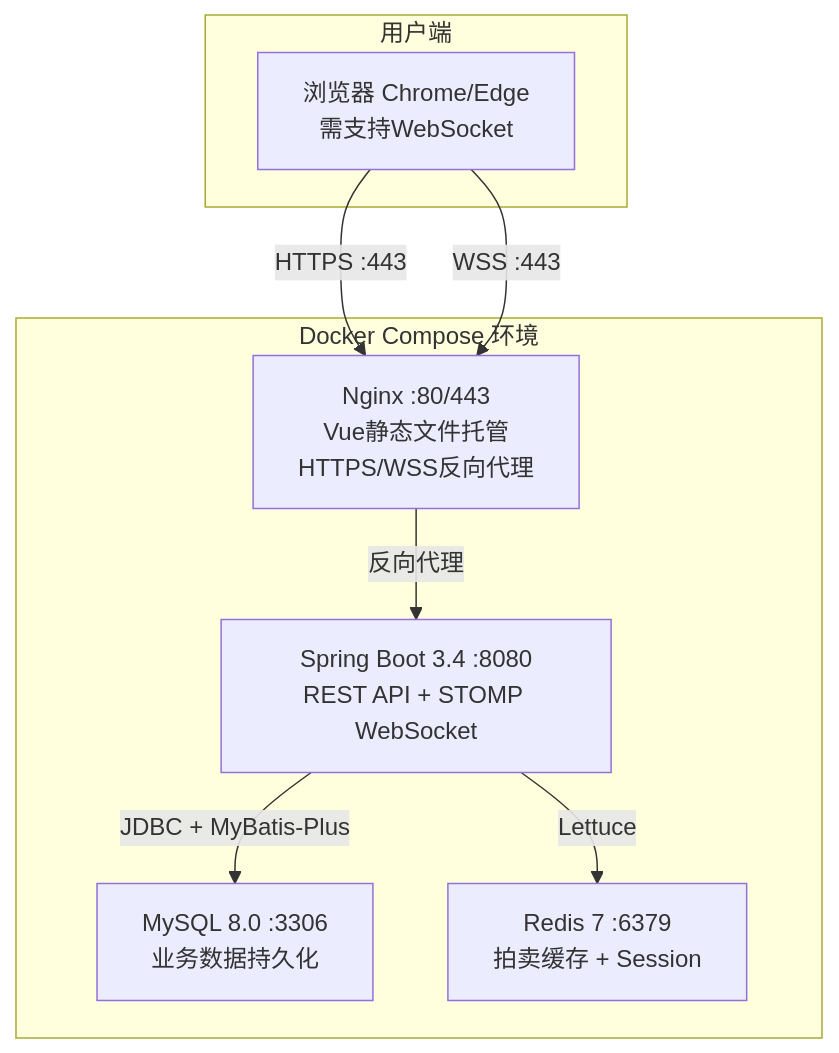
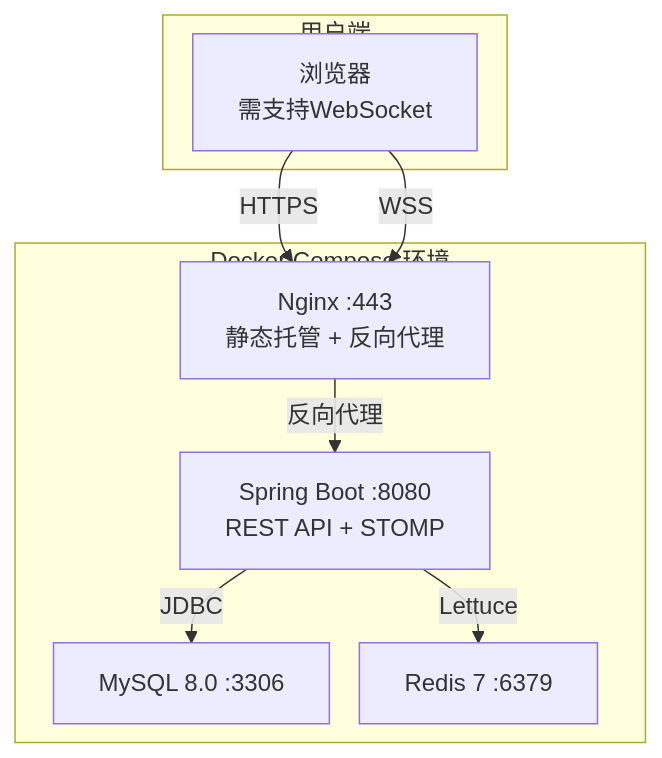
Before and after one commit to LiuZiyan3126/campus-auction-im: the fourth of 9 diagrams in docs/01-开发计划书-修订版.md, drawn with Mermaid. The commit also changed other lines of this file and 2 other files, not shown here.

First line of the commit message:
docs: 开发计划书添加封面，缩小前部图表，优化README

````diff
--- a/docs/01-开发计划书-修订版.md
+++ b/docs/01-开发计划书-修订版.md
@@ -404,17 +445,18 @@
 ```mermaid
+%%{init: {'flowchart': {'nodeSpacing': 20, 'rankSpacing': 25}}}%%
 graph TB
     subgraph 用户端["用户端"]
-        Browser["浏览器 Chrome/Edge<br/>需支持WebSocket"]
+        Browser["浏览器<br/>需支持WebSocket"]
     end
     subgraph 服务器["Docker Compose 环境"]
-        Nginx["Nginx :80/443<br/>Vue静态文件托管<br/>HTTPS/WSS反向代理"]
-        Backend["Spring Boot 3.4 :8080<br/>REST API + STOMP WebSocket"]
-        MySQL["MySQL 8.0 :3306<br/>业务数据持久化"]
-        Redis["Redis 7 :6379<br/>拍卖缓存 + Session"]
+        Nginx["Nginx :443<br/>静态托管 + 反向代理"]
+        Backend["Spring Boot :8080<br/>REST API + STOMP"]
+        MySQL["MySQL 8.0 :3306"]
+        Redis["Redis 7 :6379"]
     end
-    Browser -->|"HTTPS :443"| Nginx
-    Browser -->|"WSS :443"| Nginx
+    Browser -->|"HTTPS"| Nginx
+    Browser -->|"WSS"| Nginx
     Nginx -->|"反向代理"| Backend
-    Backend -->|"JDBC + MyBatis-Plus"| MySQL
+    Backend -->|"JDBC"| MySQL
     Backend -->|"Lettuce"| Redis
 ```
````
